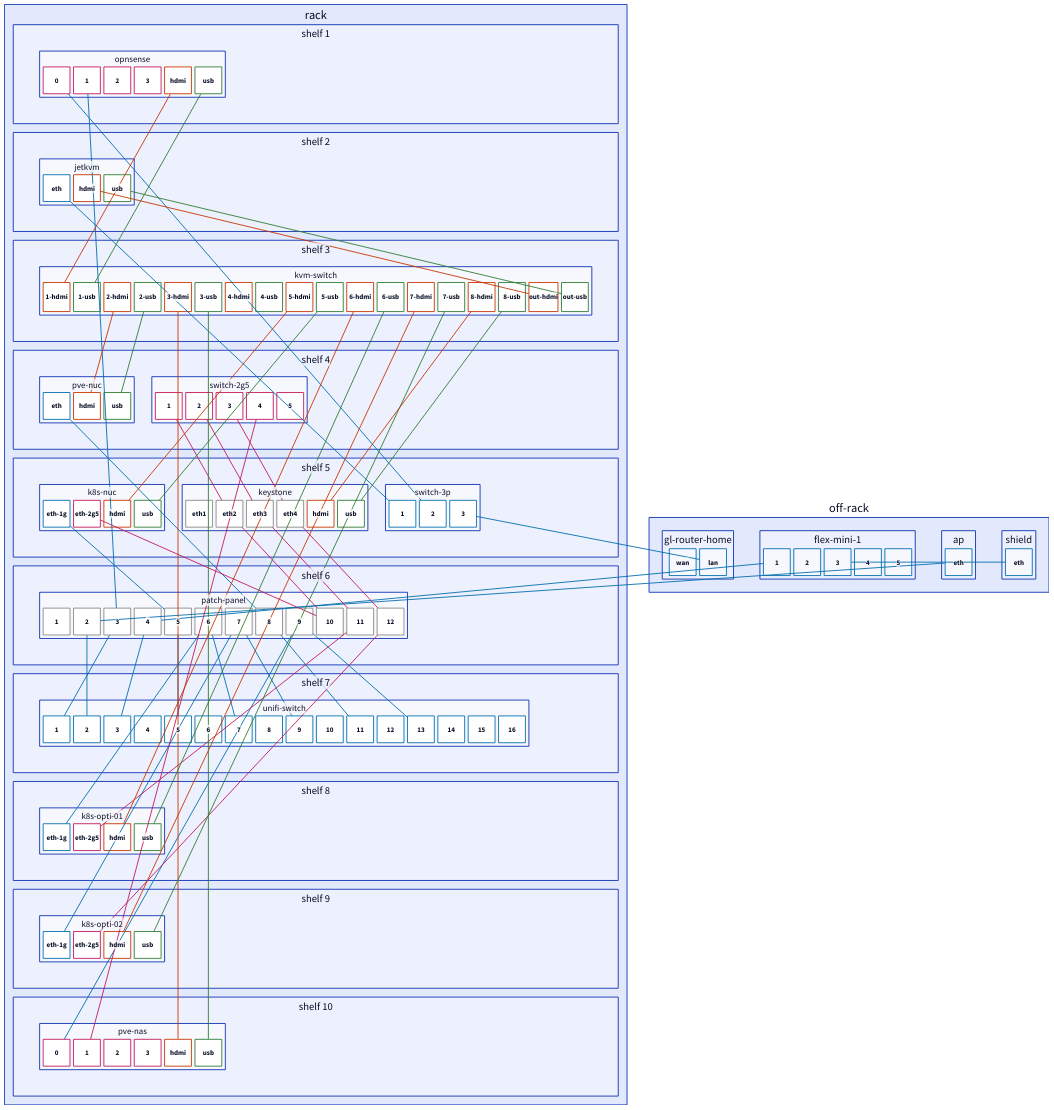
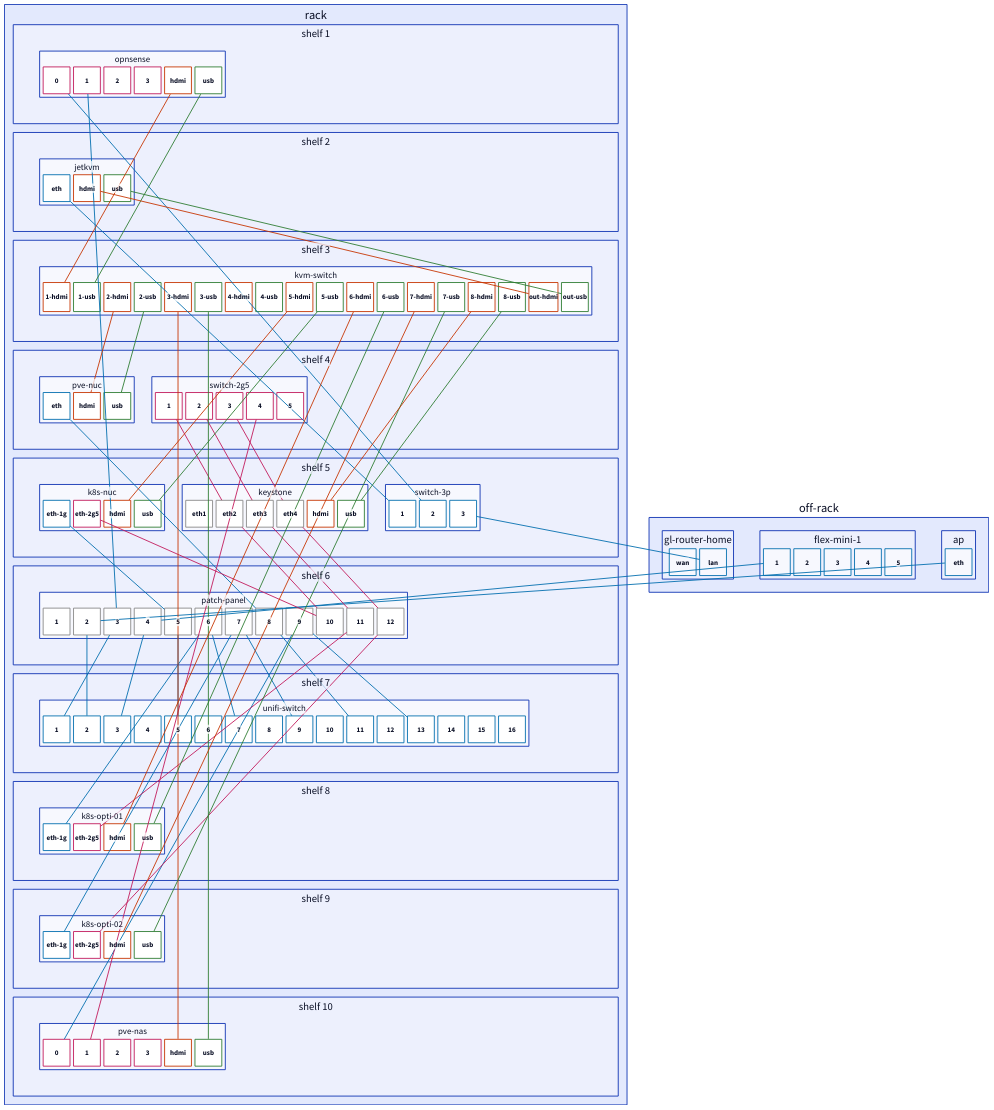
One commit to subbeh/home-ops changed the diagram in docs/diagrams/rack.d2. Above: the diagram before and after it, drawn with D2. The commit also changed 7 other files, not shown here.

```diff
--- a/docs/diagrams/rack.d2
+++ b/docs/diagrams/rack.d2
@@ -210,11 +210,6 @@
     grid-gap: 8
     "eth": {shape: square; width: 40; style.stroke: "#006EAF"}
   }
-  "shield": {
-    grid-rows: 1
-    grid-gap: 8
-    "eth": {shape: square; width: 40; style.stroke: "#006EAF"}
-  }
 }
 
 off-rack."gl-router-home"."lan" -- rack."5"."switch-3p"."3": {style.stroke: "#006EAF"; style.stroke-width: 2}
@@ -246,7 +241,6 @@
 rack."6"."patch-panel"."12" -- rack."5"."keystone"."eth4": {style.stroke: "#C2185B"; style.stroke-width: 2}
 rack."5"."keystone"."eth4" -- rack."4"."switch-2g5"."3": {style.stroke: "#C2185B"; style.stroke-width: 2}
 rack."10"."pve-nas"."1" -- rack."4"."switch-2g5"."4": {style.stroke: "#C2185B"; style.stroke-width: 2}
-off-rack."flex-mini-1"."3" -- off-rack."shield"."eth": {style.stroke: "#006EAF"; style.stroke-width: 2}
 rack."1"."opnsense"."hdmi" -- rack."3"."kvm-switch"."1-hdmi": {style.stroke: "#C73500"; style.stroke-width: 2}
 rack."1"."opnsense"."usb" -- rack."3"."kvm-switch"."1-usb": {style.stroke: "#2E7D32"; style.stroke-width: 2}
 rack."4"."pve-nuc"."hdmi" -- rack."3"."kvm-switch"."2-hdmi": {style.stroke: "#C73500"; style.stroke-width: 2}
```
